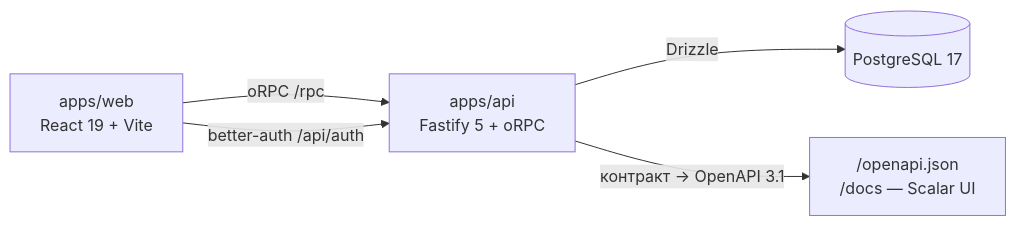
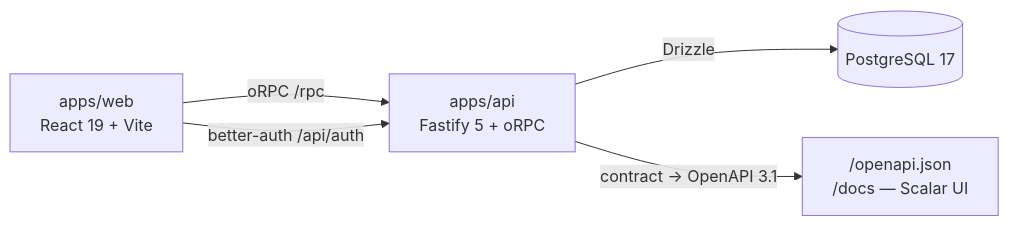
Before and after one commit to ramach05/Beautiful-todoApp: the diagram in README.md, drawn with Mermaid. The commit also changed other lines of this file and 40 other files, not shown here.

````diff
--- a/README.md
+++ b/README.md
@@ -39,7 +97,7 @@
 ```mermaid
 flowchart LR
   web[apps/web<br/>React 19 + Vite] -- oRPC /rpc --> api[apps/api<br/>Fastify 5 + oRPC]
   web -- better-auth /api/auth --> api
   api -- Drizzle --> pg[(PostgreSQL 17)]
-  api -->|"контракт → OpenAPI 3.1"| docs["/openapi.json<br/>/docs — Scalar UI"]
+  api -->|"contract → OpenAPI 3.1"| docs["/openapi.json<br/>/docs — Scalar UI"]
 ```
````
